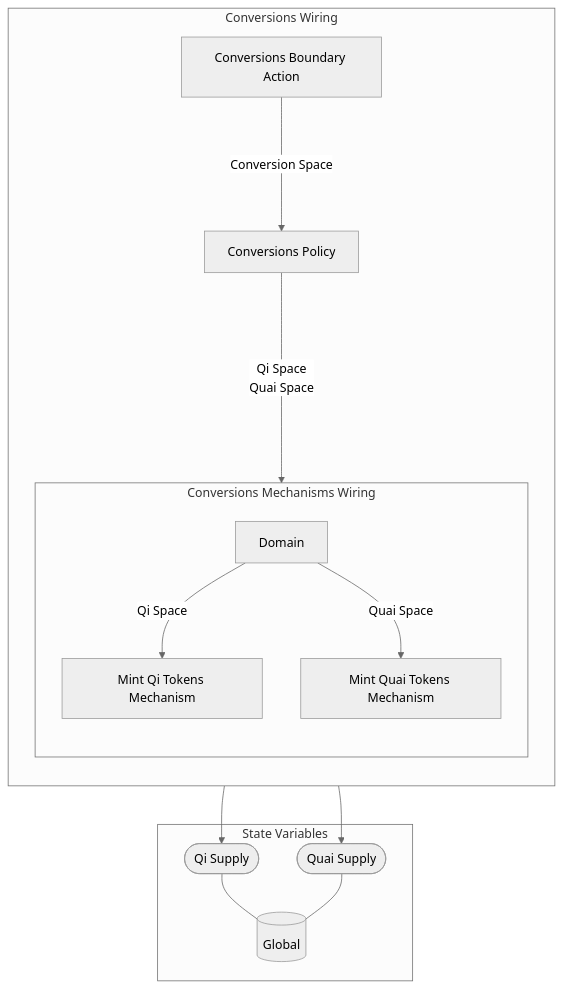
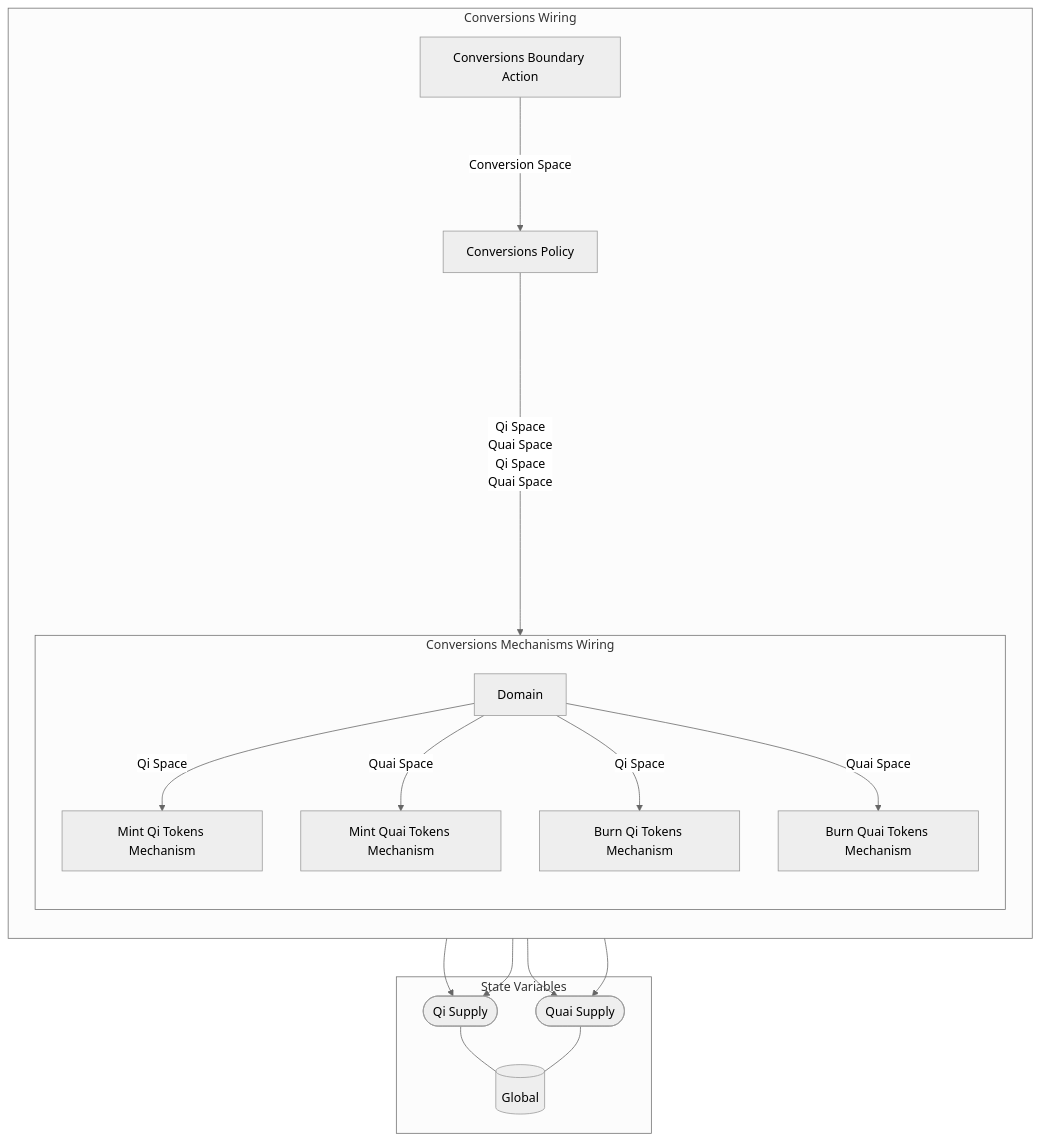
Before and after one commit to dominant-strategies/Quai-Macro-Model: the diagram in Spec/obsidian/Wiring/Conversions Wiring.md, drawn with Mermaid (neutral theme). The commit also changed other lines of this file and 16 other files, not shown here.

Commit message:
Burn mechanisms

````diff
--- a/Spec/obsidian/Wiring/Conversions Wiring.md
+++ b/Spec/obsidian/Wiring/Conversions Wiring.md
@@ -3,33 +3,41 @@
 ```mermaid
 graph TB
 
 subgraph SVS["State Variables"]
 EE0[("Global")]
 EES0(["Qi Supply"])
 EES0 --- EE0
 EES1(["Quai Supply"])
 EES1 --- EE0
 end
 
-subgraph X8["Conversions Wiring"]
+subgraph X10["Conversions Wiring"]
 direction TB
 X1["Conversions Boundary Action"]
 X2["Conversions Policy"]
-subgraph X7["Conversions Mechanisms Wiring"]
+subgraph X9["Conversions Mechanisms Wiring"]
 direction TB
 X3["Mint Qi Tokens Mechanism"]
 X3 --> EES0
 X4["Mint Quai Tokens Mechanism"]
 X4 --> EES1
-X5[Domain]
+X5["Burn Qi Tokens Mechanism"]
+X5 --> EES0
+X6["Burn Quai Tokens Mechanism"]
+X6 --> EES1
+X7[Domain]
 
 direction LR
 direction TB
-X5 --"Qi Space"--> X3
-X5 --"Quai Space"--> X4
+X7 --"Qi Space"--> X3
+X7 --"Quai Space"--> X4
+X7 --"Qi Space"--> X5
+X7 --"Quai Space"--> X6
 end
 X1--"Conversion Space"--->X2
 X2--"Qi Space
-Quai Space"---->X7
+Quai Space
+Qi Space
+Quai Space"------>X9
 end
 ```
````
